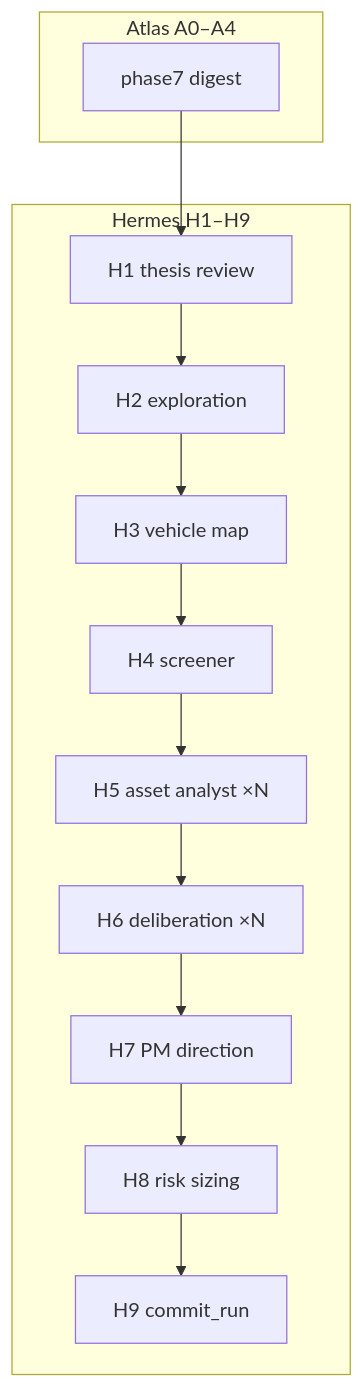
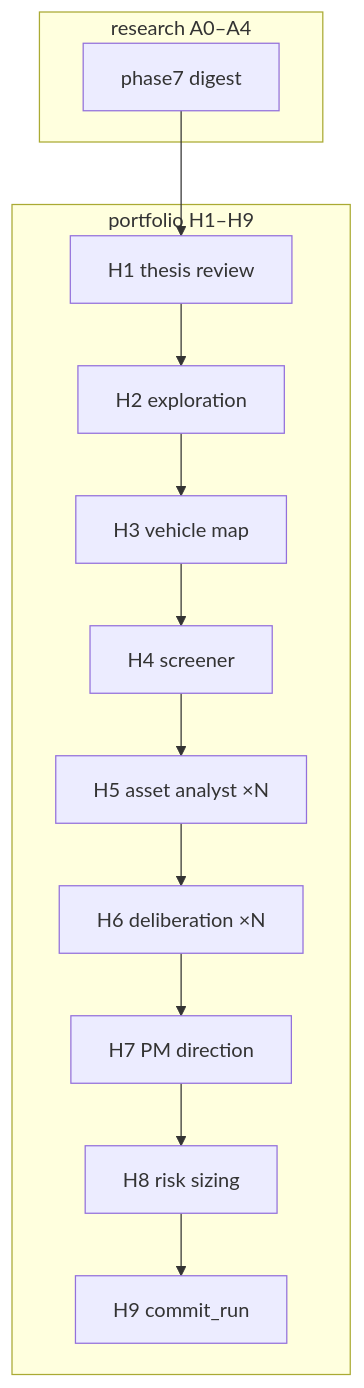
The diagram in digiquant/src/digiquant/portfolio/docs/ARCHITECTURE.md (digithings-ai/digithings), drawn with Mermaid before and after one commit. The commit also changed other lines of this file and 798 other files, not shown here.

First line of the commit message:
refactor(digiquant): strip live Olympus/Hermes/Atlas/Kairos names (#3434)

````diff
--- a/digiquant/src/digiquant/portfolio/docs/ARCHITECTURE.md
+++ b/digiquant/src/digiquant/portfolio/docs/ARCHITECTURE.md
@@ -591,21 +591,21 @@
 ```mermaid
 flowchart TB
-  subgraph Atlas["Atlas A0–A4"]
+  subgraph research["research A0–A4"]
     dig["phase7 digest"]
   end
 
-  subgraph Hermes["Hermes H1–H9"]
+  subgraph portfolio["portfolio H1–H9"]
     H1["H1 thesis review"]
     H2["H2 exploration"]
     H3["H3 vehicle map"]
     H4["H4 screener"]
     H5["H5 asset analyst ×N"]
     H6["H6 deliberation ×N"]
     H7["H7 PM direction"]
     H8["H8 risk sizing"]
     H9["H9 commit_run"]
     H1 --> H2 --> H3 --> H4 --> H5 --> H6 --> H7 --> H8 --> H9
   end
 
   dig --> H1
 ```
````
